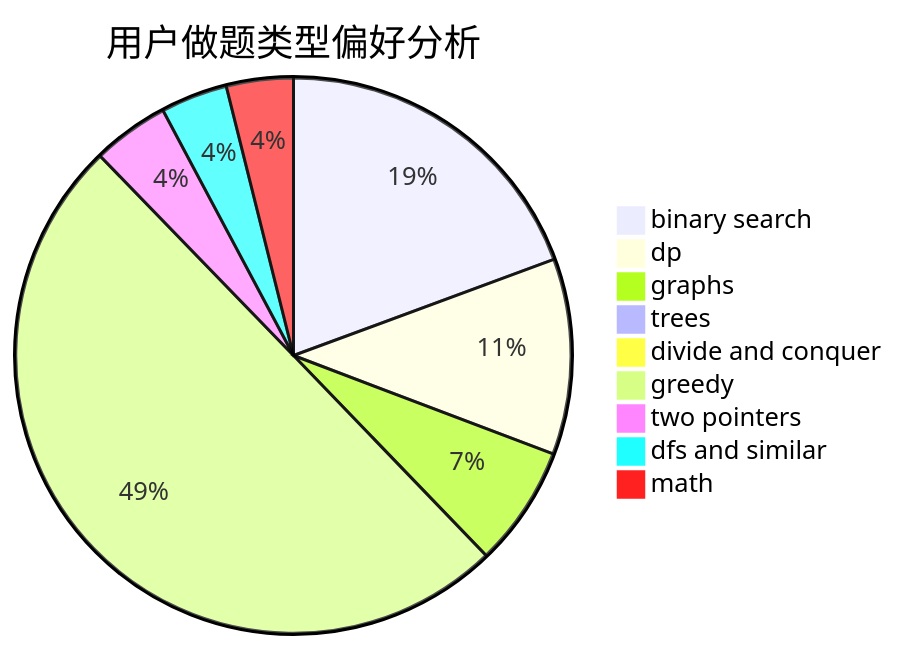
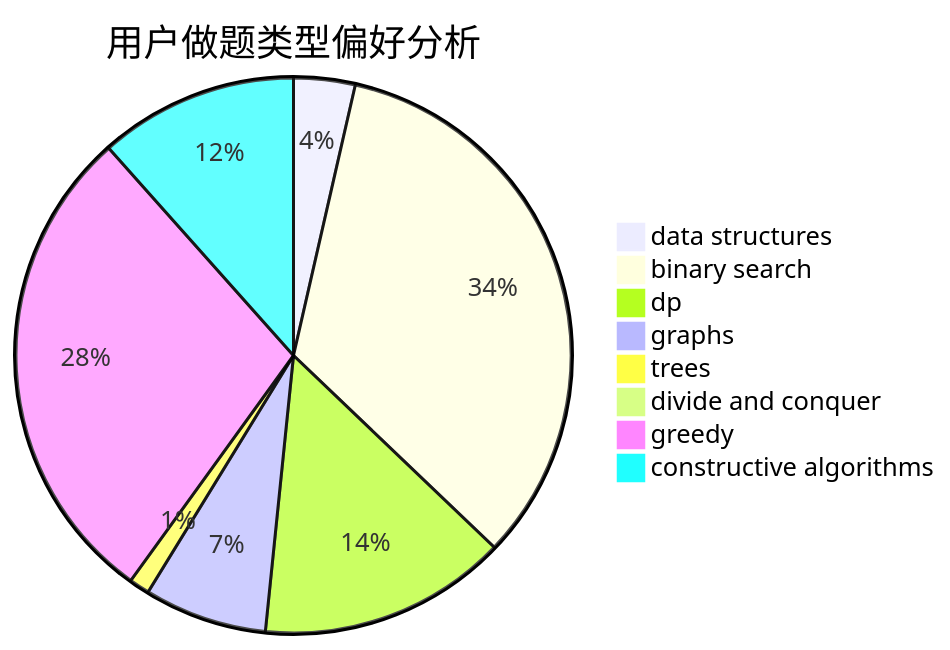
The second of 3 diagrams in docs/user/u1595.md (sherpahu/cfrs.github.io), drawn with Mermaid before and after one commit. The commit also changed other lines of this file and 2775 other files, not shown here.

````diff
--- a/docs/user/u1595.md
+++ b/docs/user/u1595.md
@@ -23,12 +23,11 @@
 ```mermaid
 pie title 用户做题类型偏好分析
-    "binary search" :  204
-    "dp" :  120
-    "graphs" :  74
-    "trees" :  8
-    "divide and conquer" :  2
-    "greedy" :  526
-    "two pointers" :  47
-    "dfs and similar" :  41
-    "math" :  41
+    "data structures" :  21
+    "binary search" :  197
+    "dp" :  85
+    "graphs" :  42
+    "trees" :  7
+    "divide and conquer" :  0
+    "greedy" :  167
+    "constructive algorithms" :  68
 ```
````
